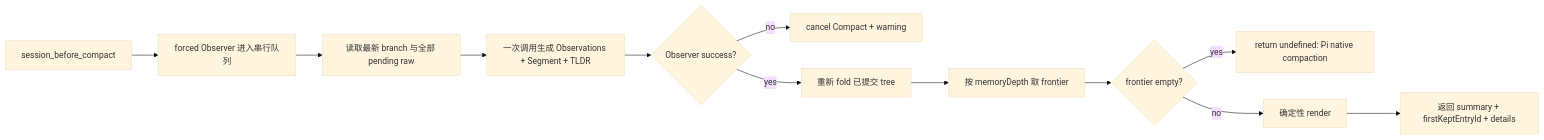
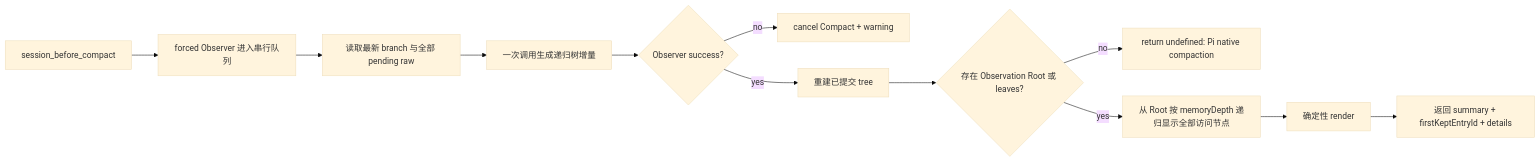
One commit to Yikai-Liao/pi-observational-memory changed the second of 2 diagrams in docs/segment_memory_architecture_plan.md. Above: the diagram before and after it, drawn with Mermaid (base theme). The commit also changed other lines of this file, not shown here.

Commit message:
docs: unify observer tree increments

````diff
--- a/docs/segment_memory_architecture_plan.md
+++ b/docs/segment_memory_architecture_plan.md
@@ -538,14 +593,14 @@
 ```mermaid
 flowchart LR
     A[session_before_compact] --> B[forced Observer 进入串行队列]
     B --> C[读取最新 branch 与全部 pending raw]
-    C --> D[一次调用生成 Observations + Segment + TLDR]
+    C --> D[一次调用生成递归树增量]
     D --> E{Observer success?}
     E -- no --> F[cancel Compact + warning]
-    E -- yes --> G[重新 fold 已提交 tree]
-    G --> H[按 memoryDepth 取 frontier]
-    H --> I{frontier empty?}
-    I -- yes --> J[return undefined: Pi native compaction]
-    I -- no --> K[确定性 render]
+    E -- yes --> G[重建已提交 tree]
+    G --> H{存在 Observation Root 或 leaves?}
+    H -- no --> I[return undefined: Pi native compaction]
+    H -- yes --> J[从 Root 按 memoryDepth 递归显示全部访问节点]
+    J --> K[确定性 render]
     K --> L[返回 summary + firstKeptEntryId + details]
 ```
````
